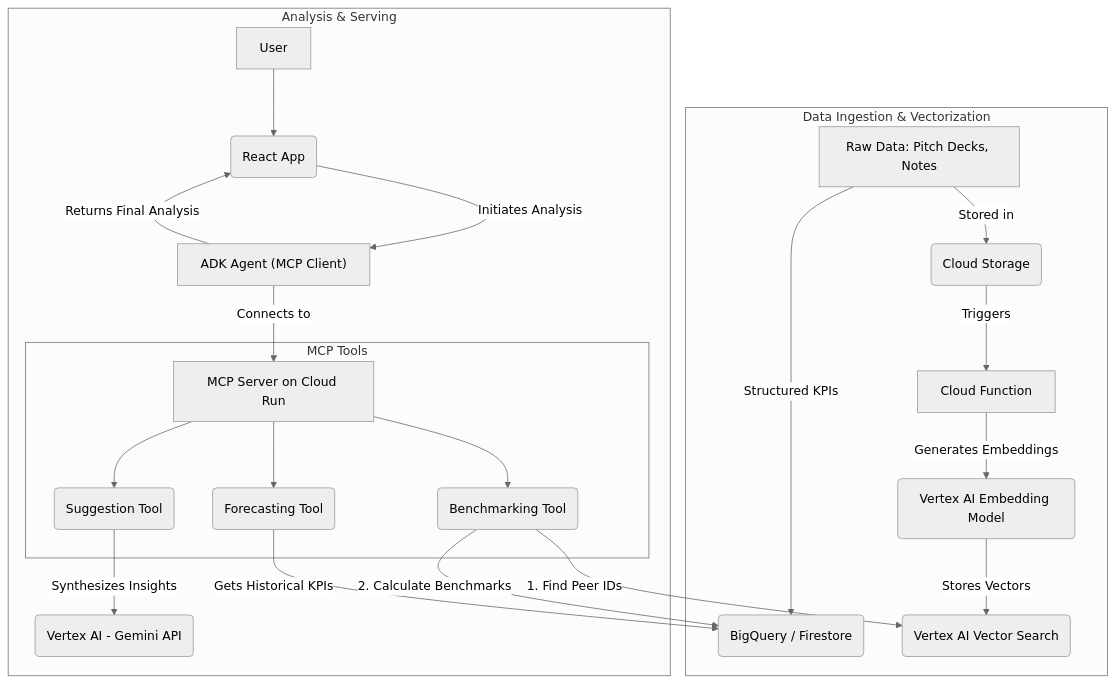
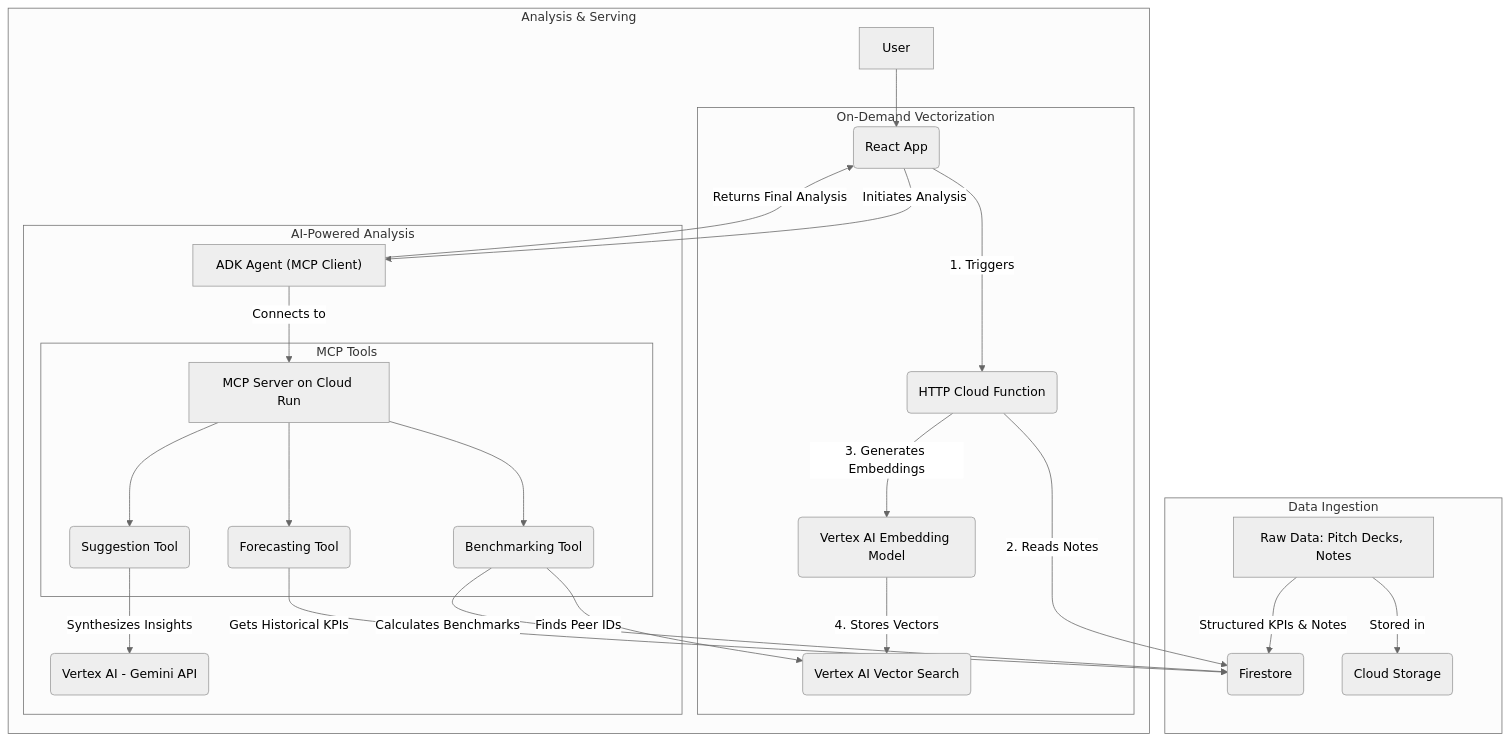
One commit to bakiyaa/AI-startup-Evaluator changed the first of 2 diagrams in usecase2.md. Above: the diagram before and after it, drawn with Mermaid (neutral theme). The commit also changed other lines of this file and 2 other files, not shown here.

Commit message:
feat: Implement on-demand vectorization function and update docs

````diff
--- a/usecase2.md
+++ b/usecase2.md
@@ -13,29 +15,36 @@
 ```mermaid
 graph TD
-    subgraph Data Ingestion & Vectorization
+    subgraph Data Ingestion
         A[Raw Data: Pitch Decks, Notes] -->|Stored in| B(Cloud Storage)
-        B -->|Triggers| C[Cloud Function]
-        C -->|Generates Embeddings| D(Vertex AI Embedding Model)
-        D -->|Stores Vectors| E(Vertex AI Vector Search)
-        A -->|Structured KPIs| F(BigQuery / Firestore)
+        A -->|Structured KPIs & Notes| F(Firestore)
     end
 
     subgraph Analysis & Serving
         G[User] --> H(React App)
-        H -->|Initiates Analysis| I["ADK Agent (MCP Client)"]
-        I -->|Connects to| J[MCP Server on Cloud Run]
         
-        subgraph MCP Tools
-            J --> K(Benchmarking Tool)
-            J --> L(Forecasting Tool)
-            J --> M(Suggestion Tool)
+        subgraph On-Demand Vectorization
+            H -->|1. Triggers| C(HTTP Cloud Function)
+            C -->|2. Reads Notes| F
+            C -->|3. Generates Embeddings| D(Vertex AI Embedding Model)
+            D -->|4. Stores Vectors| E(Vertex AI Vector Search)
         end
 
-        K -->|1. Find Peer IDs| E
-        K -->|2. Calculate Benchmarks| F
-        L -->|Gets Historical KPIs| F
-        M -->|Synthesizes Insights| N(Vertex AI - Gemini API)
+        subgraph AI-Powered Analysis
+            H -->|Initiates Analysis| I["ADK Agent (MCP Client)"]
+            I -->|Connects to| J[MCP Server on Cloud Run]
+            
+            subgraph MCP Tools
+                J --> K(Benchmarking Tool)
+                J --> L(Forecasting Tool)
+                J --> M(Suggestion Tool)
+            end
+
+            K -->|Finds Peer IDs| E
+            K -->|Calculates Benchmarks| F
+            L -->|Gets Historical KPIs| F
+            M -->|Synthesizes Insights| N(Vertex AI - Gemini API)
+        end
+
+        I -->|Returns Final Analysis| H
     end
-
-    I -->|Returns Final Analysis| H
 ```
````
